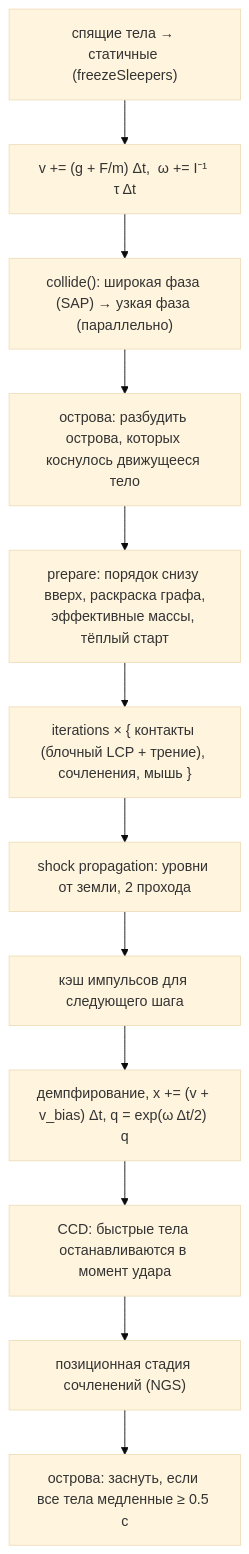
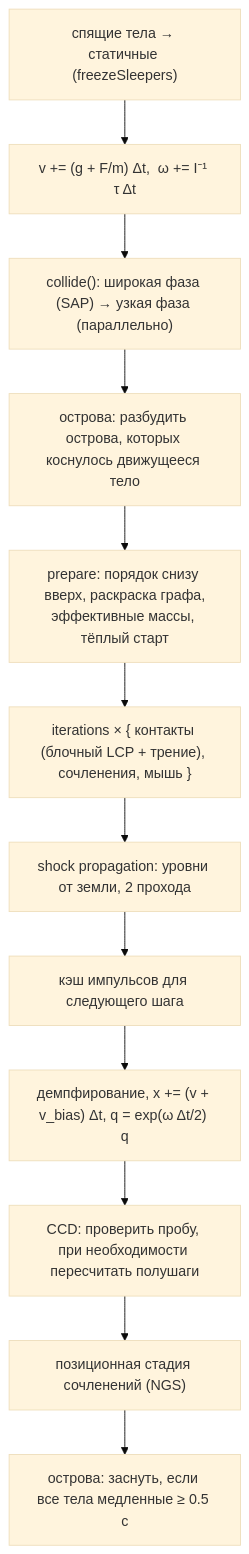
The first of 2 diagrams in docs/02-rigid-bodies.md (werasaimon/phys_realflow), drawn with Mermaid (base theme) before and after one commit. The commit also changed other lines of this file and 420 other files, not shown here.

Commit message:
Твёрдые тела: проверенные цепи, резьба и откат CCD

````diff
--- a/docs/02-rigid-bodies.md
+++ b/docs/02-rigid-bodies.md
@@ -68,14 +68,14 @@
 ```mermaid
 flowchart TB
     A["спящие тела → статичные (freezeSleepers)"] --> B["v += (g + F/m) Δt,  ω += I⁻¹ τ Δt"]
     B --> C["collide(): широкая фаза (SAP) → узкая фаза (параллельно)"]
     C --> D["острова: разбудить острова, которых коснулось движущееся тело"]
     D --> E["prepare: порядок снизу вверх, раскраска графа,<br/>эффективные массы, тёплый старт"]
     E --> F["iterations × { контакты (блочный LCP + трение), сочленения, мышь }"]
     F --> G["shock propagation: уровни от земли, 2 прохода"]
     G --> H["кэш импульсов для следующего шага"]
     H --> I["демпфирование, x += (v + v_bias) Δt, q = exp(ω Δt/2) q"]
-    I --> J["CCD: быстрые тела останавливаются в момент удара"]
+    I --> J["CCD: проверить пробу, при необходимости пересчитать полушаги"]
     J --> K["позиционная стадия сочленений (NGS)"]
     K --> L["острова: заснуть, если все тела медленные ≥ 0.5 с"]
 ```
````
